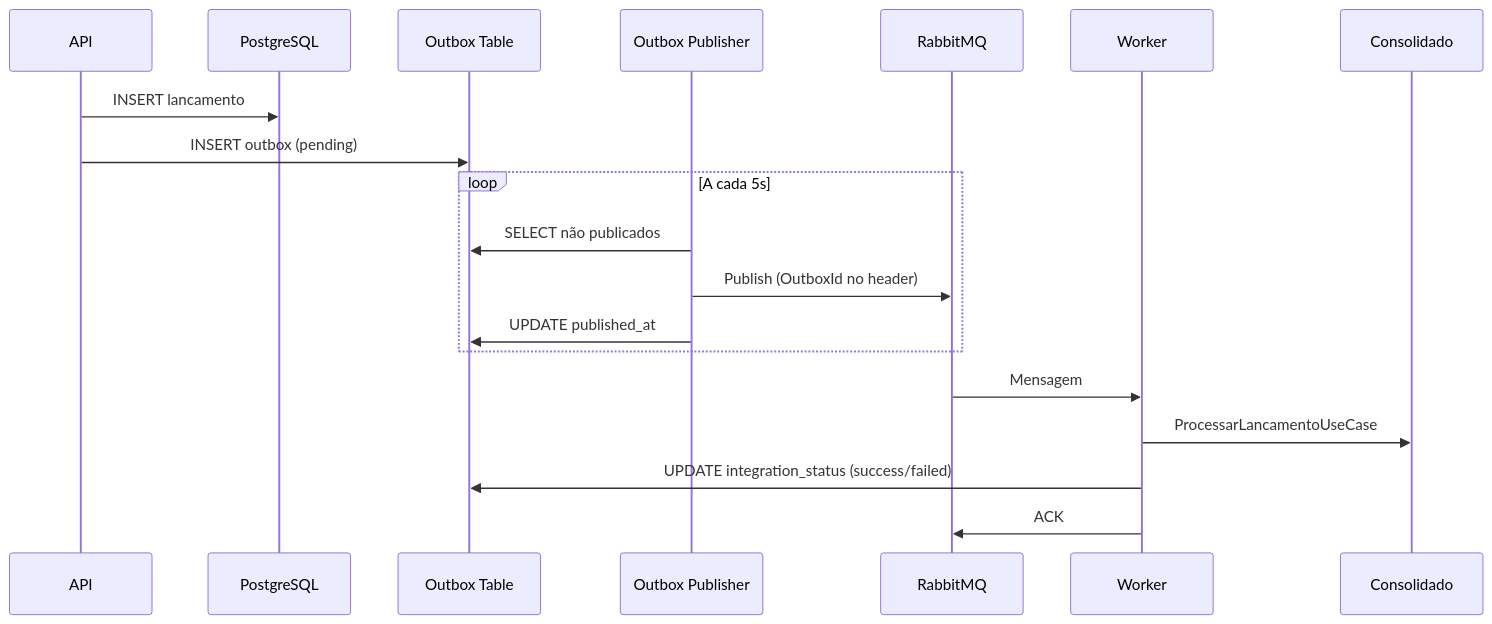
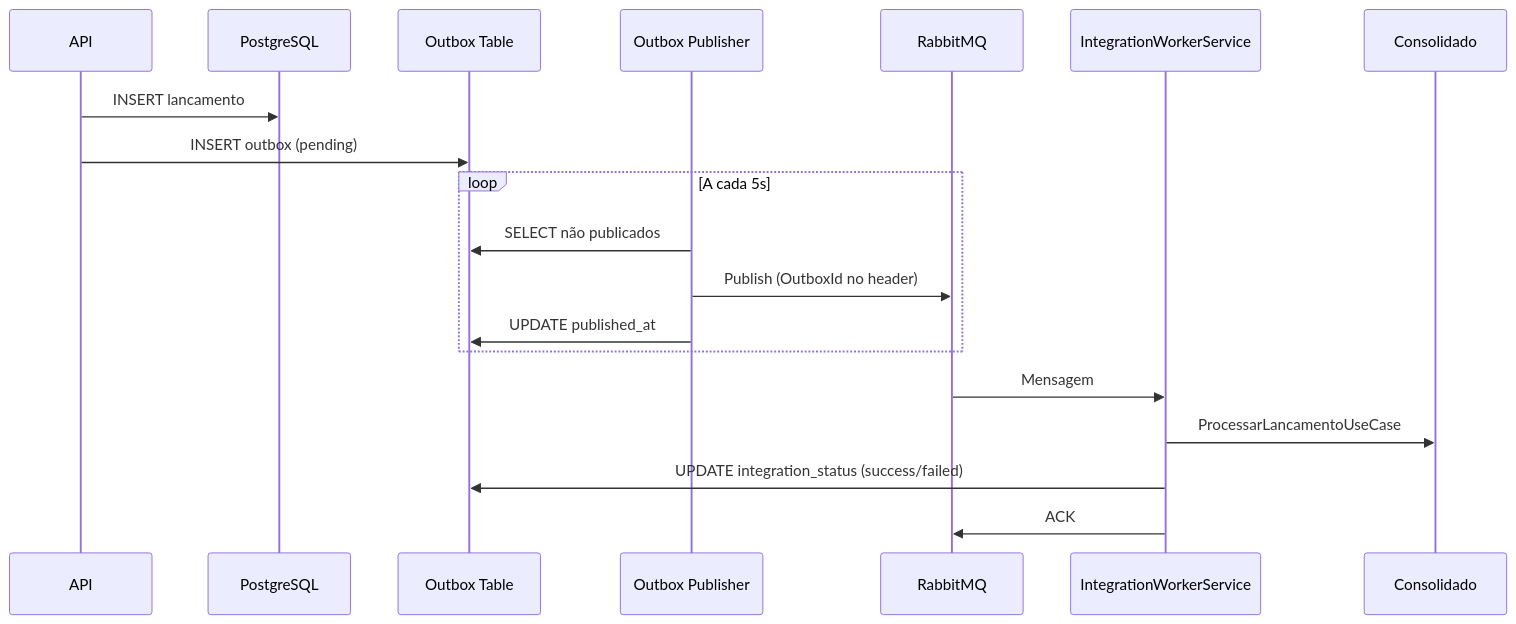
One commit to LeonardoGonSantos/desafio-tec changed the second of 2 diagrams in README.md. Above: the diagram before and after it, drawn with Mermaid. The commit also changed other lines of this file and 12 other files, not shown here.

Commit message:
Refactor project structure: removed FluxoCaixa.Worker service and integrated its functionality into the API as IntegrationWorkerService. Updated docker-compose and documentation to reflect these changes.

````diff
--- a/README.md
+++ b/README.md
@@ -77,22 +76,22 @@
 ```mermaid
 sequenceDiagram
     participant API
     participant DB as PostgreSQL
     participant Outbox as Outbox Table
     participant Publisher as Outbox Publisher
     participant RMQ as RabbitMQ
-    participant Worker
+    participant IntegrationWorker as IntegrationWorkerService
     participant Consolidado
 
     API->>DB: INSERT lancamento
     API->>Outbox: INSERT outbox (pending)
     loop A cada 5s
         Publisher->>Outbox: SELECT não publicados
         Publisher->>RMQ: Publish (OutboxId no header)
         Publisher->>Outbox: UPDATE published_at
     end
-    RMQ->>Worker: Mensagem
-    Worker->>Consolidado: ProcessarLancamentoUseCase
-    Worker->>Outbox: UPDATE integration_status (success/failed)
-    Worker->>RMQ: ACK
+    RMQ->>IntegrationWorker: Mensagem
+    IntegrationWorker->>Consolidado: ProcessarLancamentoUseCase
+    IntegrationWorker->>Outbox: UPDATE integration_status (success/failed)
+    IntegrationWorker->>RMQ: ACK
 ```
````
